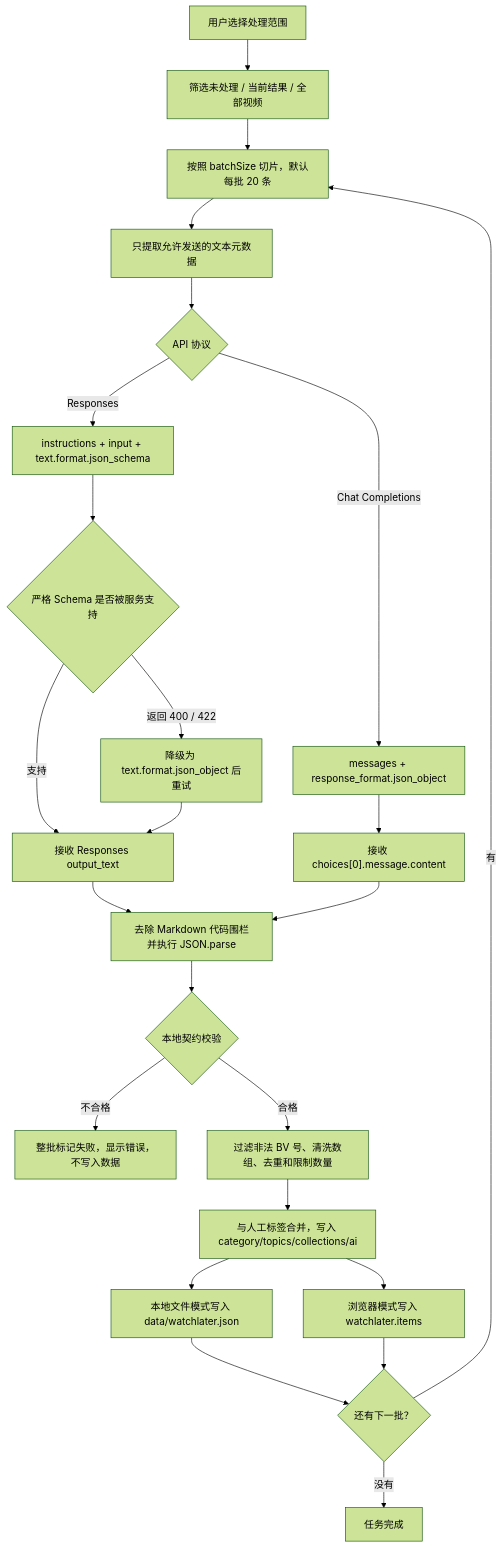
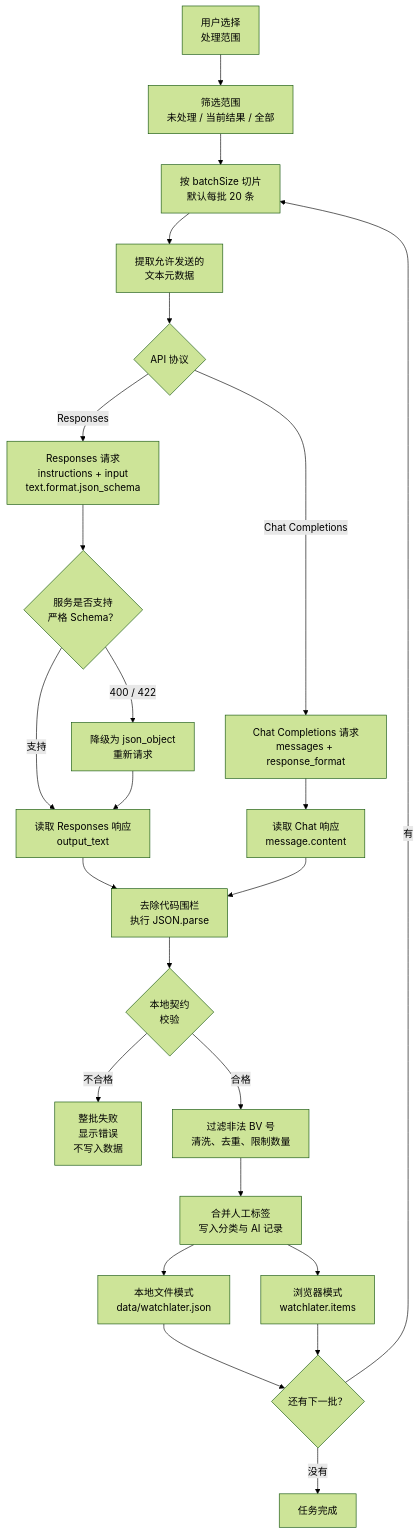
Before and after one commit to KanameMadoka520/_WatchLaterList: the second of 2 diagrams in README.md, drawn with Mermaid (forest theme). The commit also changed other lines of this file, not shown here.

Commit message:
fix README diagram wrapping

````diff
--- a/README.md
+++ b/README.md
@@ -205,26 +204,26 @@
 ```mermaid
 flowchart TD
-    A["用户选择处理范围"] --> B["筛选未处理 / 当前结果 / 全部视频"]
-    B --> C["按照 batchSize 切片，默认每批 20 条"]
-    C --> D["只提取允许发送的文本元数据"]
+    A["用户选择<br/>处理范围"] --> B["筛选范围<br/>未处理 / 当前结果 / 全部"]
+    B --> C["按 batchSize 切片<br/>默认每批 20 条"]
+    C --> D["提取允许发送的<br/>文本元数据"]
     D --> E{"API 协议"}
-    E -->|"Responses"| F["instructions + input + text.format.json_schema"]
-    E -->|"Chat Completions"| G["messages + response_format.json_object"]
-    F --> H{"严格 Schema 是否被服务支持"}
-    H -->|"支持"| I["接收 Responses output_text"]
-    H -->|"返回 400 / 422"| J["降级为 text.format.json_object 后重试"]
+    E -->|"Responses"| F["Responses 请求<br/>instructions + input<br/>text.format.json_schema"]
+    E -->|"Chat Completions"| G["Chat Completions 请求<br/>messages + response_format"]
+    F --> H{"服务是否支持<br/>严格 Schema？"}
+    H -->|"支持"| I["读取 Responses 响应<br/>output_text"]
+    H -->|"400 / 422"| J["降级为 json_object<br/>重新请求"]
     J --> I
-    G --> K["接收 choices[0].message.content"]
-    I --> L["去除 Markdown 代码围栏并执行 JSON.parse"]
+    G --> K["读取 Chat 响应<br/>message.content"]
+    I --> L["去除代码围栏<br/>执行 JSON.parse"]
     K --> L
-    L --> M{"本地契约校验"}
-    M -->|"不合格"| N["整批标记失败，显示错误，不写入数据"]
-    M -->|"合格"| O["过滤非法 BV 号、清洗数组、去重和限制数量"]
-    O --> P["与人工标签合并，写入 category/topics/collections/ai"]
-    P --> Q["本地文件模式写入 data/watchlater.json"]
-    P --> R["浏览器模式写入 watchlater.items"]
+    L --> M{"本地契约<br/>校验"}
+    M -->|"不合格"| N["整批失败<br/>显示错误<br/>不写入数据"]
+    M -->|"合格"| O["过滤非法 BV 号<br/>清洗、去重、限制数量"]
+    O --> P["合并人工标签<br/>写入分类与 AI 记录"]
+    P --> Q["本地文件模式<br/>data/watchlater.json"]
+    P --> R["浏览器模式<br/>watchlater.items"]
     Q --> S{"还有下一批？"}
     R --> S
     S -->|"有"| C
     S -->|"没有"| T["任务完成"]
 ```
````
